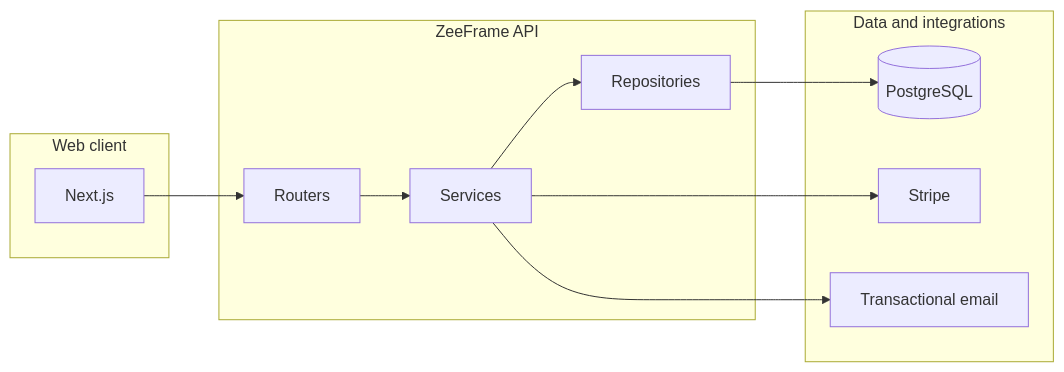
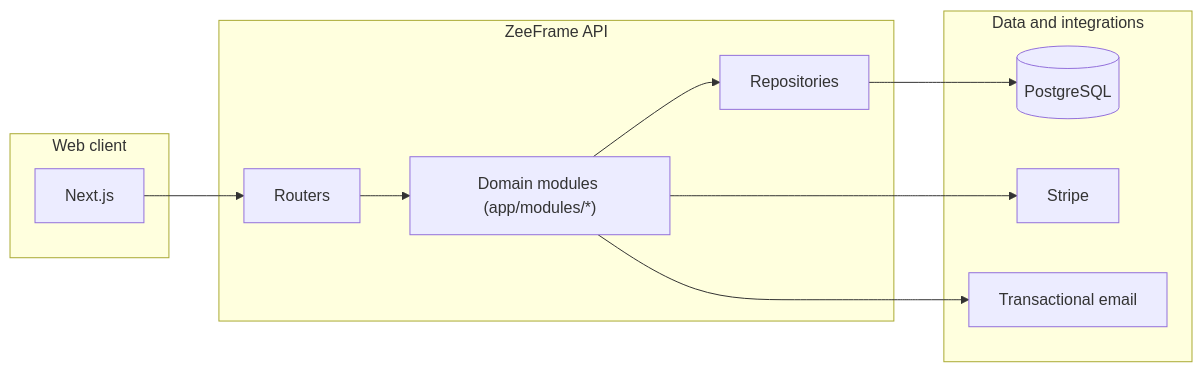
The diagram in README.md (viktor-codes/zaframe), drawn with Mermaid before and after one commit. The commit also changed other lines of this file and 5 other files, not shown here.

Commit message:
docs: align README and retire stale architecture plan

````diff
--- a/README.md
+++ b/README.md
@@ -47,22 +49,22 @@
 ```mermaid
 flowchart LR
   subgraph client [Web client]
     Next[Next.js]
   end
   subgraph api [ZeeFrame API]
     R[Routers]
-    S[Services]
+    MOD["Domain modules (app/modules/*)"]
     Rep[Repositories]
   end
   subgraph data [Data and integrations]
     DB[(PostgreSQL)]
     Stripe[Stripe]
     Mail[Transactional email]
   end
   Next --> R
-  R --> S
-  S --> Rep
+  R --> MOD
+  MOD --> Rep
   Rep --> DB
-  S --> Stripe
-  S --> Mail
+  MOD --> Stripe
+  MOD --> Mail
 ```
````
